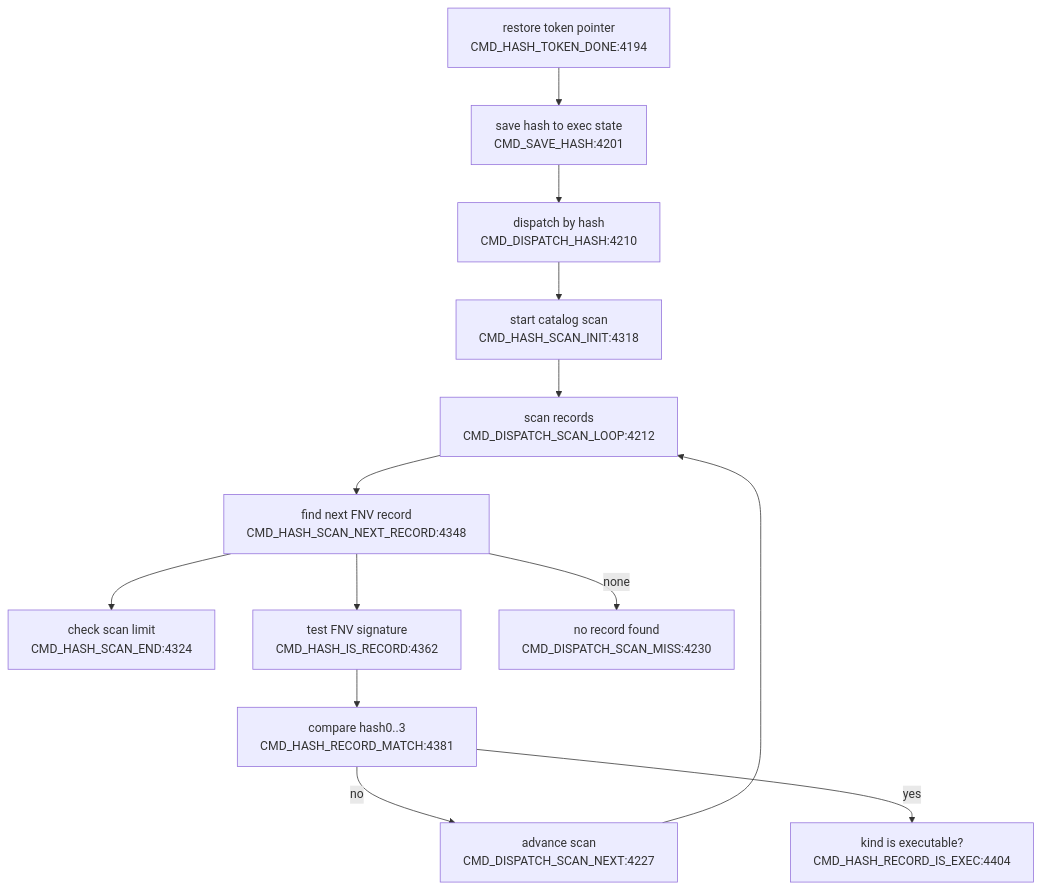
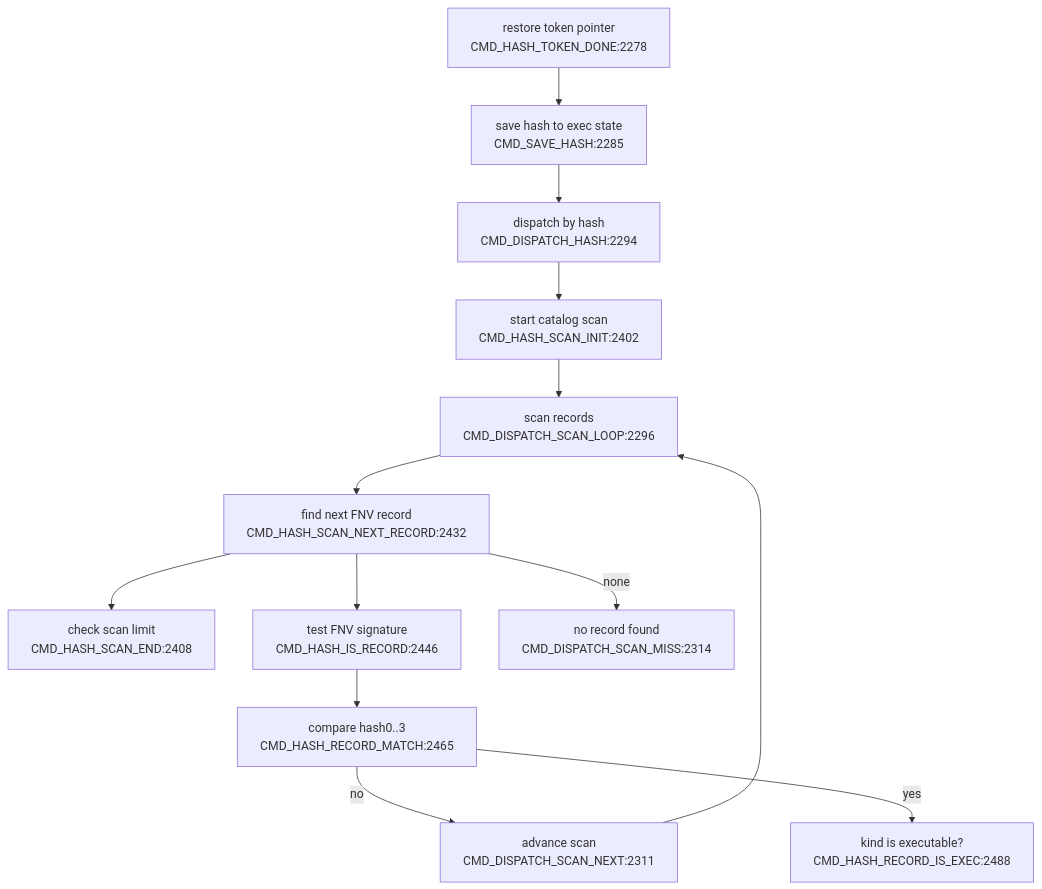
Before and after one commit to 95westus/R-YORS: the third of 4 diagrams in DOC/GENERATED/CMD_FLOW_MAP.md, drawn with Mermaid. The commit also changed other lines of this file and 243 other files, not shown here.

````diff
--- a/DOC/GENERATED/CMD_FLOW_MAP.md
+++ b/DOC/GENERATED/CMD_FLOW_MAP.md
@@ -40,15 +40,15 @@
 ```mermaid
 flowchart TD
-    DONE["restore token pointer<br/>CMD_HASH_TOKEN_DONE:4194"] --> SAVEHASH["save hash to exec state<br/>CMD_SAVE_HASH:4201"]
-    SAVEHASH --> DISPATCH["dispatch by hash<br/>CMD_DISPATCH_HASH:4210"]
-    DISPATCH --> SCANINIT["start catalog scan<br/>CMD_HASH_SCAN_INIT:4318"]
-    SCANINIT --> SCANLOOP["scan records<br/>CMD_DISPATCH_SCAN_LOOP:4212"]
-    SCANLOOP --> NEXTREC["find next FNV record<br/>CMD_HASH_SCAN_NEXT_RECORD:4348"]
-    NEXTREC --> ENDCHK["check scan limit<br/>CMD_HASH_SCAN_END:4324"]
-    NEXTREC --> ISREC["test FNV signature<br/>CMD_HASH_IS_RECORD:4362"]
-    NEXTREC -->|none| MISS["no record found<br/>CMD_DISPATCH_SCAN_MISS:4230"]
-    ISREC --> MATCH["compare hash0..3<br/>CMD_HASH_RECORD_MATCH:4381"]
-    MATCH -->|no| ADV["advance scan<br/>CMD_DISPATCH_SCAN_NEXT:4227"]
+    DONE["restore token pointer<br/>CMD_HASH_TOKEN_DONE:2278"] --> SAVEHASH["save hash to exec state<br/>CMD_SAVE_HASH:2285"]
+    SAVEHASH --> DISPATCH["dispatch by hash<br/>CMD_DISPATCH_HASH:2294"]
+    DISPATCH --> SCANINIT["start catalog scan<br/>CMD_HASH_SCAN_INIT:2402"]
+    SCANINIT --> SCANLOOP["scan records<br/>CMD_DISPATCH_SCAN_LOOP:2296"]
+    SCANLOOP --> NEXTREC["find next FNV record<br/>CMD_HASH_SCAN_NEXT_RECORD:2432"]
+    NEXTREC --> ENDCHK["check scan limit<br/>CMD_HASH_SCAN_END:2408"]
+    NEXTREC --> ISREC["test FNV signature<br/>CMD_HASH_IS_RECORD:2446"]
+    NEXTREC -->|none| MISS["no record found<br/>CMD_DISPATCH_SCAN_MISS:2314"]
+    ISREC --> MATCH["compare hash0..3<br/>CMD_HASH_RECORD_MATCH:2465"]
+    MATCH -->|no| ADV["advance scan<br/>CMD_DISPATCH_SCAN_NEXT:2311"]
     ADV --> SCANLOOP
-    MATCH -->|yes| EXECOK["kind is executable?<br/>CMD_HASH_RECORD_IS_EXEC:4404"]
+    MATCH -->|yes| EXECOK["kind is executable?<br/>CMD_HASH_RECORD_IS_EXEC:2488"]
 ```
````
